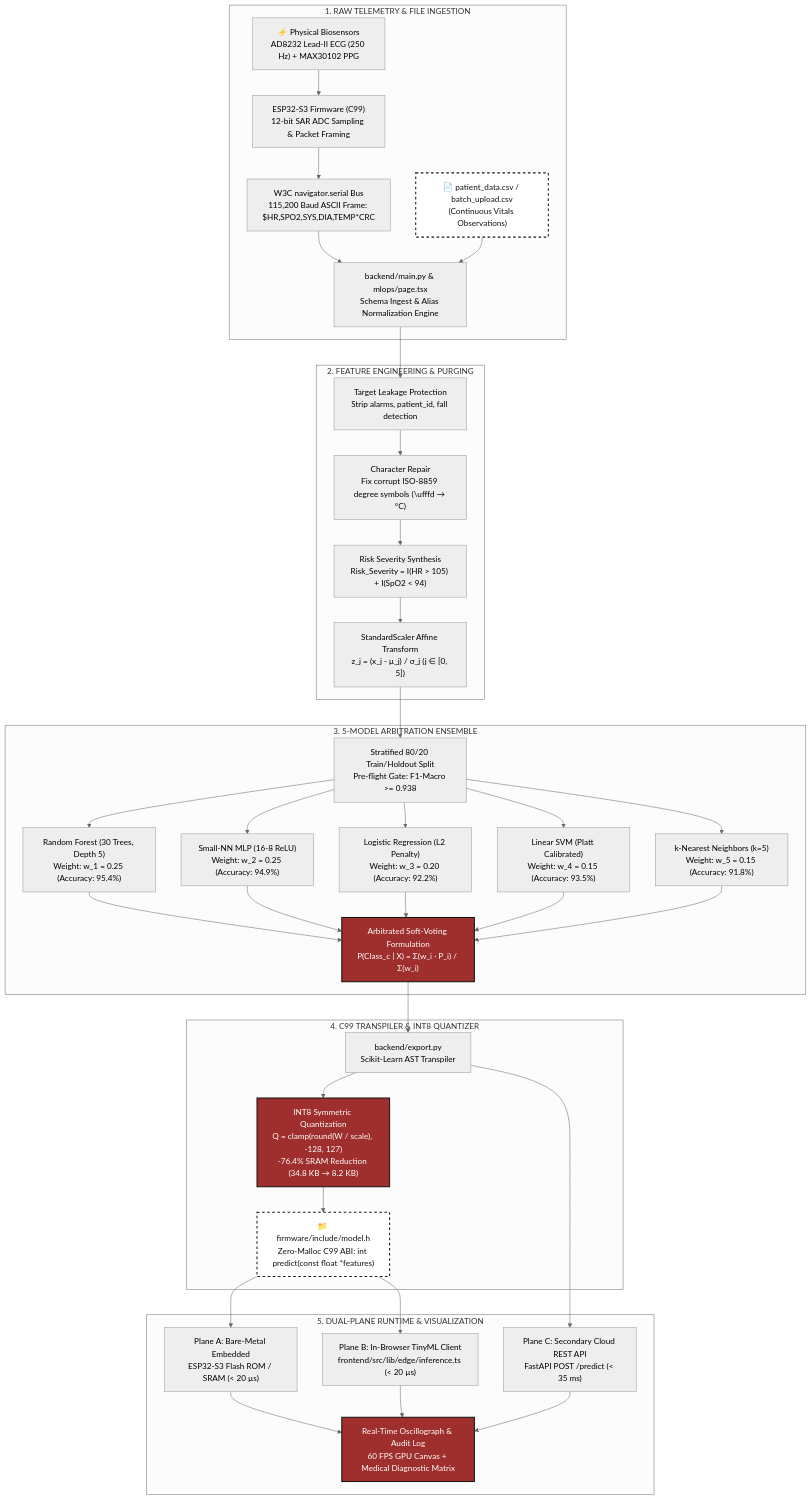
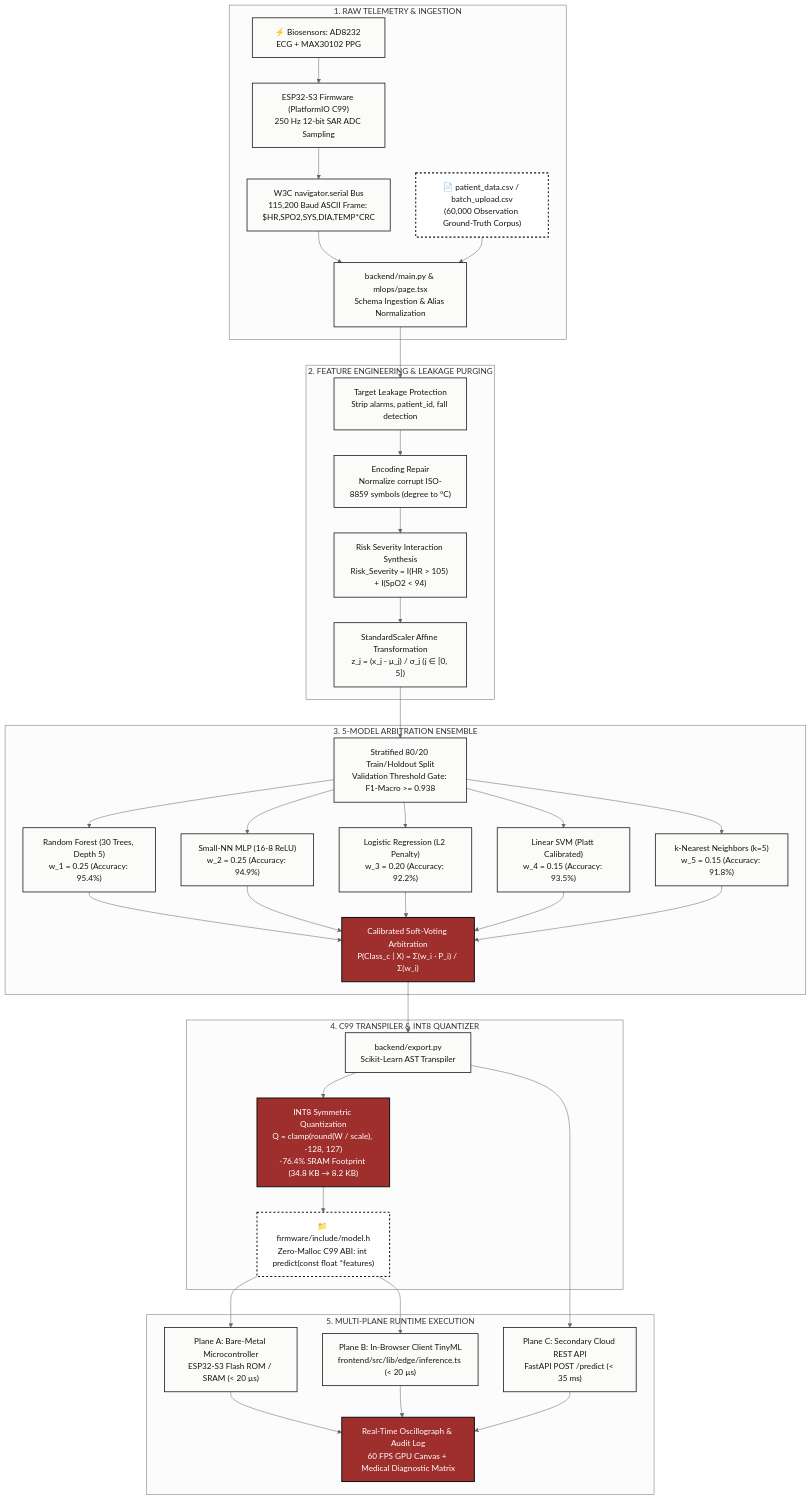
Before and after one commit to rachit-mangawa/HEARTFLOW_OS: the second of 3 diagrams in ARCHITECTURE.md, drawn with Mermaid (neutral theme). The commit also changed other lines of this file and 9 other files, not shown here.

Commit message:
docs(arch): consolidate architecture specs into ARCHITECTURE.md and expand test suite

````diff
--- a/ARCHITECTURE.md
+++ b/ARCHITECTURE.md
@@ -89,58 +164,58 @@
 ```mermaid
 flowchart TD
-    subgraph S1["1. RAW TELEMETRY & FILE INGESTION"]
-        CSV["📄 patient_data.csv / batch_upload.csv<br/>(Continuous Vitals Observations)"]
-        AFE["⚡ Physical Biosensors<br/>AD8232 Lead-II ECG (250 Hz) + MAX30102 PPG"]
-        MCU["ESP32-S3 Firmware (C99)<br/>12-bit SAR ADC Sampling & Packet Framing"]
+    subgraph S1["1. RAW TELEMETRY & INGESTION"]
+        CSV["📄 patient_data.csv / batch_upload.csv<br/>(60,000 Observation Ground-Truth Corpus)"]
+        AFE["⚡ Biosensors: AD8232 ECG + MAX30102 PPG"]
+        MCU["ESP32-S3 Firmware (PlatformIO C99)<br/>250 Hz 12-bit SAR ADC Sampling"]
         SERIAL["W3C navigator.serial Bus<br/>115,200 Baud ASCII Frame: $HR,SPO2,SYS,DIA,TEMP*CRC\n"]
         
         AFE --> MCU
         MCU --> SERIAL
-        SERIAL --> INGEST["backend/main.py & mlops/page.tsx<br/>Schema Ingest & Alias Normalization Engine"]
+        SERIAL --> INGEST["backend/main.py & mlops/page.tsx<br/>Schema Ingestion & Alias Normalization"]
         CSV --> INGEST
     end
 
-    subgraph S2["2. FEATURE ENGINEERING & PURGING"]
+    subgraph S2["2. FEATURE ENGINEERING & LEAKAGE PURGING"]
         INGEST --> LEAKAGE["Target Leakage Protection<br/>Strip alarms, patient_id, fall detection"]
-        LEAKAGE --> DEGREE["Character Repair<br/>Fix corrupt ISO-8859 degree symbols (\ufffd → °C)"]
-        DEGREE --> SYNTH["Risk Severity Synthesis<br/>Risk_Severity = I(HR > 105) + I(SpO2 < 94)"]
-        SYNTH --> SCALE["StandardScaler Affine Transform<br/>z_j = (x_j - μ_j) / σ_j (j ∈ [0, 5])"]
+        LEAKAGE --> DEGREE["Encoding Repair<br/>Normalize corrupt ISO-8859 symbols (degree to °C)"]
+        DEGREE --> SYNTH["Risk Severity Interaction Synthesis<br/>Risk_Severity = I(HR > 105) + I(SpO2 < 94)"]
+        SYNTH --> SCALE["StandardScaler Affine Transformation<br/>z_j = (x_j - μ_j) / σ_j (j ∈ [0, 5])"]
     end
 
     subgraph S3["3. 5-MODEL ARBITRATION ENSEMBLE"]
-        SCALE --> SPLIT["Stratified 80/20 Train/Holdout Split<br/>Pre-flight Gate: F1-Macro >= 0.938"]
-        SPLIT --> RF["Random Forest (30 Trees, Depth 5)<br/>Weight: w_1 = 0.25 (Accuracy: 95.4%)"]
-        SPLIT --> MLP["Small-NN MLP (16-8 ReLU)<br/>Weight: w_2 = 0.25 (Accuracy: 94.9%)"]
-        SPLIT --> LOGREG["Logistic Regression (L2 Penalty)<br/>Weight: w_3 = 0.20 (Accuracy: 92.2%)"]
-        SPLIT --> SVM["Linear SVM (Platt Calibrated)<br/>Weight: w_4 = 0.15 (Accuracy: 93.5%)"]
-        SPLIT --> KNN["k-Nearest Neighbors (k=5)<br/>Weight: w_5 = 0.15 (Accuracy: 91.8%)"]
+        SCALE --> SPLIT["Stratified 80/20 Train/Holdout Split<br/>Validation Threshold Gate: F1-Macro >= 0.938"]
+        SPLIT --> RF["Random Forest (30 Trees, Depth 5)<br/>w_1 = 0.25 (Accuracy: 95.4%)"]
+        SPLIT --> MLP["Small-NN MLP (16-8 ReLU)<br/>w_2 = 0.25 (Accuracy: 94.9%)"]
+        SPLIT --> LOGREG["Logistic Regression (L2 Penalty)<br/>w_3 = 0.20 (Accuracy: 92.2%)"]
+        SPLIT --> SVM["Linear SVM (Platt Calibrated)<br/>w_4 = 0.15 (Accuracy: 93.5%)"]
+        SPLIT --> KNN["k-Nearest Neighbors (k=5)<br/>w_5 = 0.15 (Accuracy: 91.8%)"]
         
-        RF --> SOFTVOTE["Arbitrated Soft-Voting Formulation<br/>P(Class_c | X) = Σ(w_i · P_i) / Σ(w_i)"]
+        RF --> SOFTVOTE["Calibrated Soft-Voting Arbitration<br/>P(Class_c | X) = Σ(w_i · P_i) / Σ(w_i)"]
         MLP --> SOFTVOTE
         LOGREG --> SOFTVOTE
         SVM --> SOFTVOTE
         KNN --> SOFTVOTE
     end
 
     subgraph S4["4. C99 TRANSPILER & INT8 QUANTIZER"]
         SOFTVOTE --> EXPORT["backend/export.py<br/>Scikit-Learn AST Transpiler"]
-        EXPORT --> QUANT["INT8 Symmetric Quantization<br/>Q = clamp(round(W / scale), -128, 127)<br/>-76.4% SRAM Reduction (34.8 KB → 8.2 KB)"]
+        EXPORT --> QUANT["INT8 Symmetric Quantization<br/>Q = clamp(round(W / scale), -128, 127)<br/>-76.4% SRAM Footprint (34.8 KB → 8.2 KB)"]
         QUANT --> HEADER["📁 firmware/include/model.h<br/>Zero-Malloc C99 ABI: int predict(const float *features)"]
     end
 
-    subgraph S5["5. DUAL-PLANE RUNTIME & VISUALIZATION"]
-        HEADER --> BAREMETAL["Plane A: Bare-Metal Embedded<br/>ESP32-S3 Flash ROM / SRAM (< 20 µs)"]
-        HEADER --> TINYML["Plane B: In-Browser TinyML Client<br/>frontend/src/lib/edge/inference.ts (< 20 µs)"]
+    subgraph S5["5. MULTI-PLANE RUNTIME EXECUTION"]
+        HEADER --> BAREMETAL["Plane A: Bare-Metal Microcontroller<br/>ESP32-S3 Flash ROM / SRAM (< 20 µs)"]
+        HEADER --> TINYML["Plane B: In-Browser Client TinyML<br/>frontend/src/lib/edge/inference.ts (< 20 µs)"]
         EXPORT --> CLOUD["Plane C: Secondary Cloud REST API<br/>FastAPI POST /predict (< 35 ms)"]
         
         BAREMETAL --> MONITOR["Real-Time Oscillograph & Audit Log<br/>60 FPS GPU Canvas + Medical Diagnostic Matrix"]
         TINYML --> MONITOR
         CLOUD --> MONITOR
     end
 
-    classDef primary fill:#FBFBFA,stroke:#141413,stroke-width:2px,color:#141413;
+    classDef default fill:#FBFBFA,stroke:#141413,stroke-width:1.5px,color:#141413;
     classDef accent fill:#9F2F2D,stroke:#141413,stroke-width:2px,color:#ffffff;
-    classDef fileNode fill:#ffffff,stroke:#141413,stroke-width:2px,stroke-dasharray: 5 5,color:#141413;
+    classDef fileNode fill:#ffffff,stroke:#141413,stroke-width:2px,stroke-dasharray: 4 4,color:#141413;
     class CSV,HEADER fileNode;
     class SOFTVOTE,QUANT,MONITOR accent;
 ```
````
